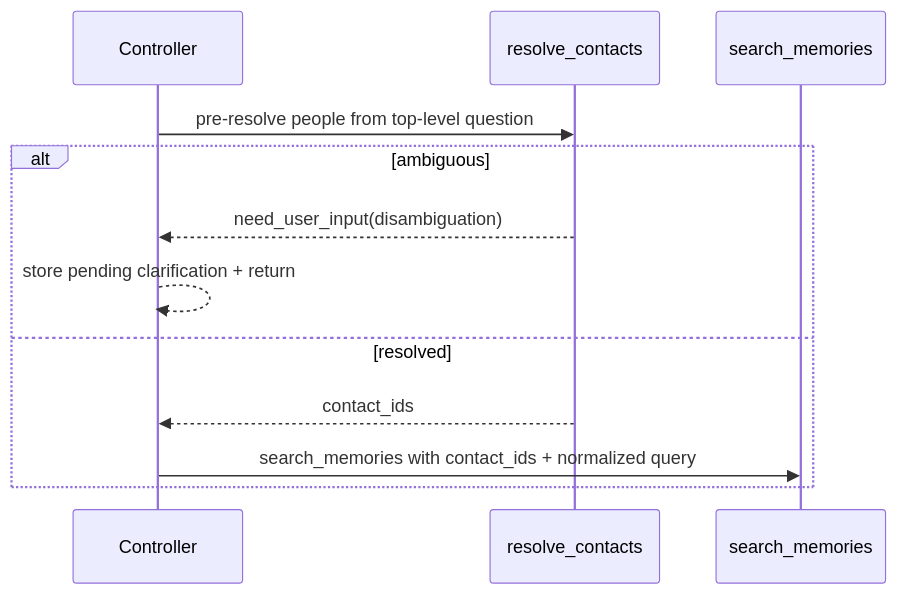
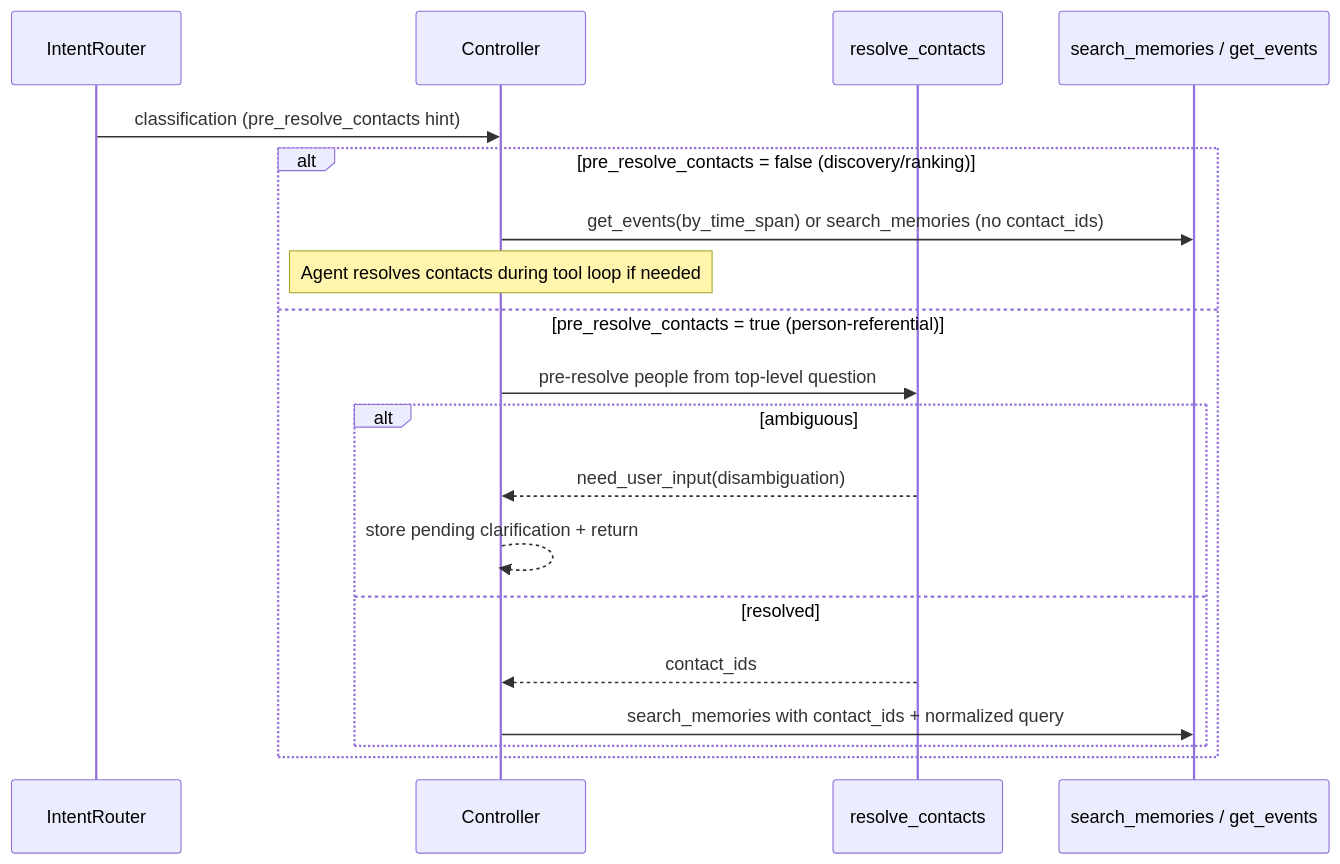
Before and after one commit to githubdoramon/digital-brain: the third of 3 diagrams in backend/orchestrator/docs/architecture/MAIN_AGENT_FLOW.md, drawn with Mermaid. The commit also changed other lines of this file and 10 other files, not shown here.

First line of the commit message:
remove vestigial resolve_query tool from agent system

````diff
--- a/backend/orchestrator/docs/architecture/MAIN_AGENT_FLOW.md
+++ b/backend/orchestrator/docs/architecture/MAIN_AGENT_FLOW.md
@@ -99,15 +99,22 @@
 ```mermaid
 sequenceDiagram
+  participant Router as IntentRouter
   participant Ctrl as Controller
   participant Res as resolve_contacts
-  participant Mem as search_memories
+  participant Mem as search_memories / get_events
 
-  Ctrl->>Res: pre-resolve people from top-level question
-  alt ambiguous
-    Res-->>Ctrl: need_user_input(disambiguation)
-    Ctrl-->>Ctrl: store pending clarification + return
-  else resolved
-    Res-->>Ctrl: contact_ids
-    Ctrl->>Mem: search_memories with contact_ids + normalized query
+  Router->>Ctrl: classification (pre_resolve_contacts hint)
+  alt pre_resolve_contacts = false (discovery/ranking)
+    Ctrl->>Mem: get_events(by_time_span) or search_memories (no contact_ids)
+    Note over Ctrl: Agent resolves contacts during tool loop if needed
+  else pre_resolve_contacts = true (person-referential)
+    Ctrl->>Res: pre-resolve people from top-level question
+    alt ambiguous
+      Res-->>Ctrl: need_user_input(disambiguation)
+      Ctrl-->>Ctrl: store pending clarification + return
+    else resolved
+      Res-->>Ctrl: contact_ids
+      Ctrl->>Mem: search_memories with contact_ids + normalized query
+    end
   end
 ```
````
